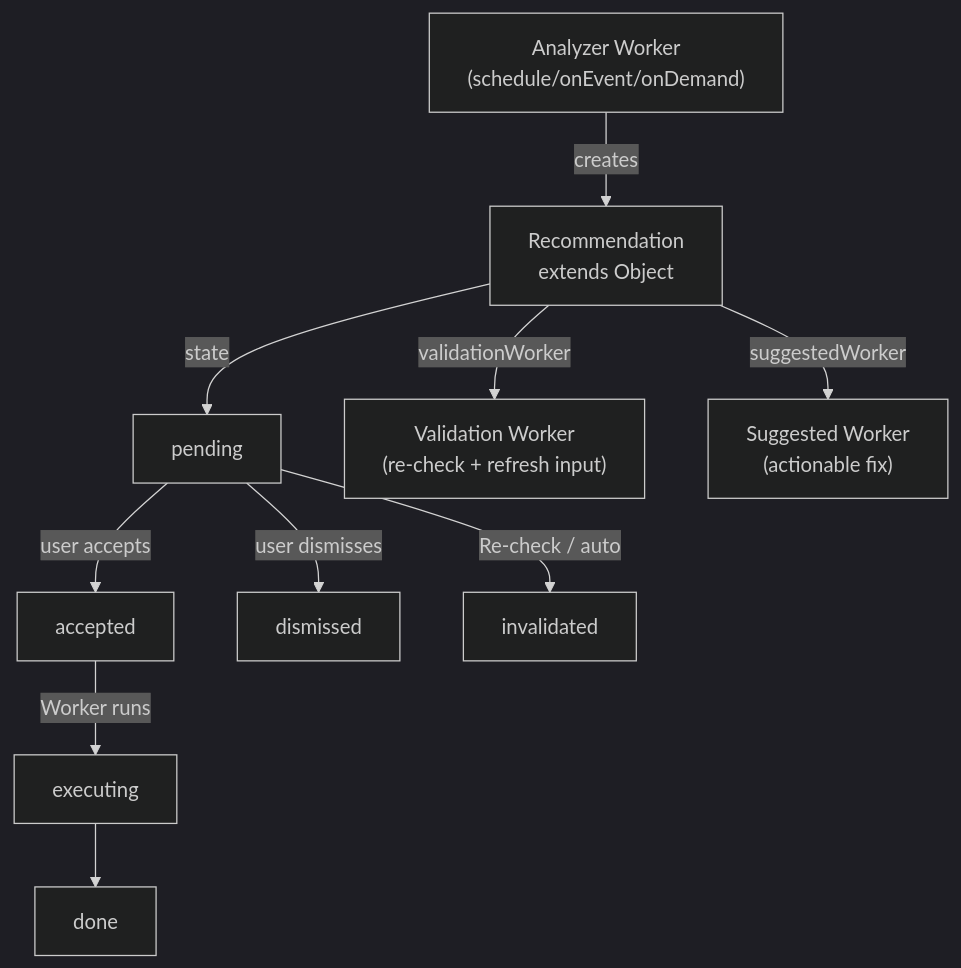
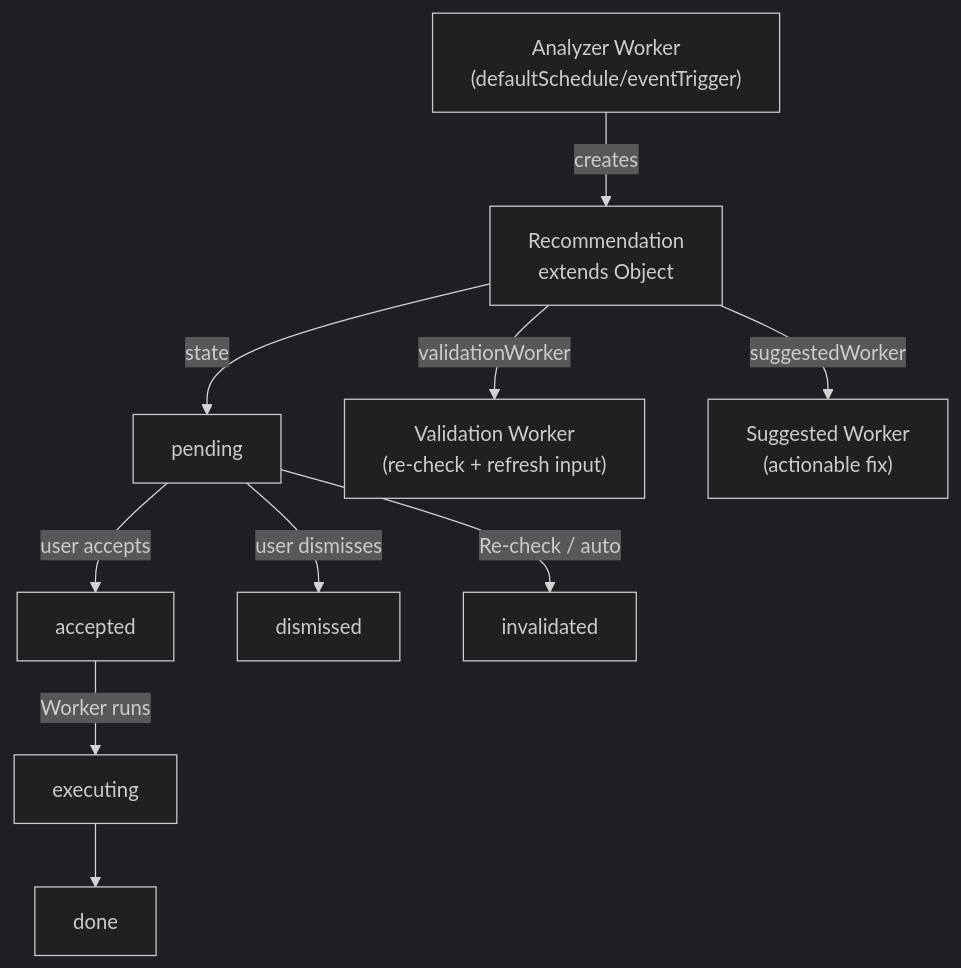
One commit to constructorfabric/studio changed diagram 20 of 52 in v2/docs/domain-model.md. Above: the diagram before and after it, drawn with Mermaid (dark theme). The commit also changed other lines of this file, not shown here.

First line of the commit message:
docs(v2): split Worker.trigger into canInvokeOnDemand, eventTrigger, WorkerImplementation.defaultSchedule

````diff
--- a/v2/docs/domain-model.md
+++ b/v2/docs/domain-model.md
@@ -1379,14 +1380,14 @@
 ```mermaid
 flowchart TD
-    AW["Analyzer Worker\n(schedule/onEvent/onDemand)"] -->|creates| REC["Recommendation\nextends Object"]
+    AW["Analyzer Worker\n(defaultSchedule/eventTrigger)"] -->|creates| REC["Recommendation\nextends Object"]
 
     REC -->|state| S1[pending]
     S1 -->|user accepts| S2[accepted]
     S2 -->|Worker runs| S3[executing]
     S3 --> S4[done]
     S1 -->|user dismisses| S5[dismissed]
     S1 -->|Re-check / auto| S6[invalidated]
 
     REC -->|validationWorker| VW["Validation Worker\n(re-check + refresh input)"]
     REC -->|suggestedWorker| SW["Suggested Worker\n(actionable fix)"]
 ```
````
